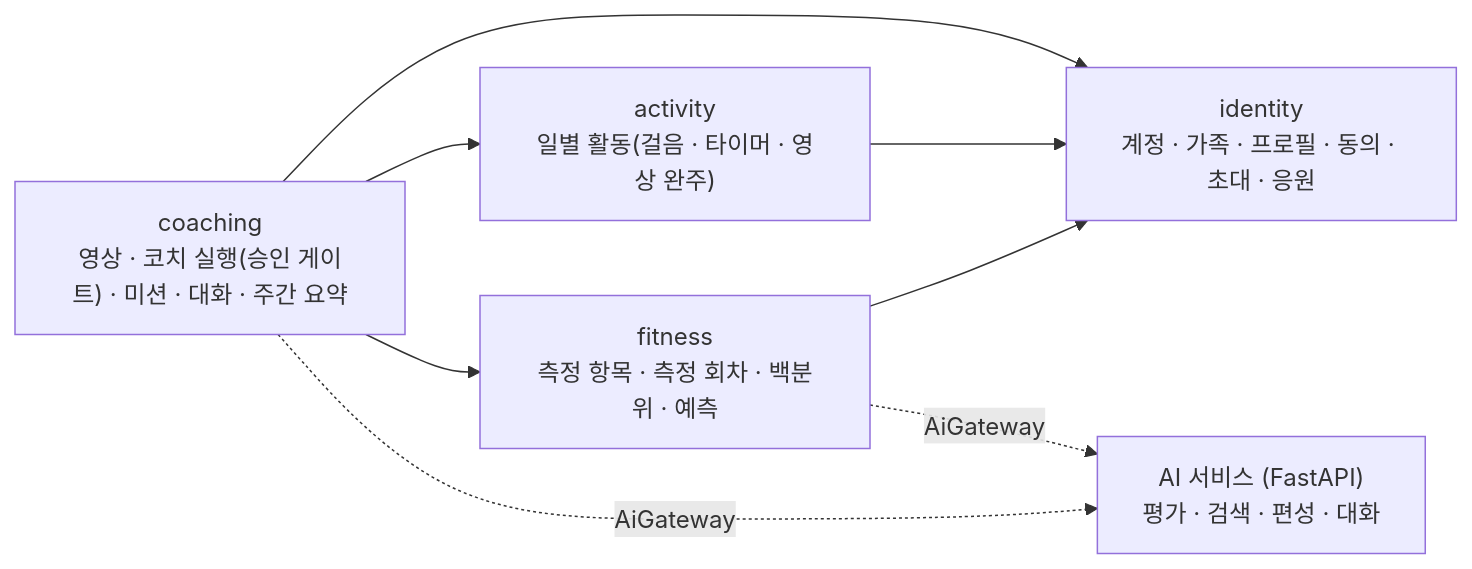
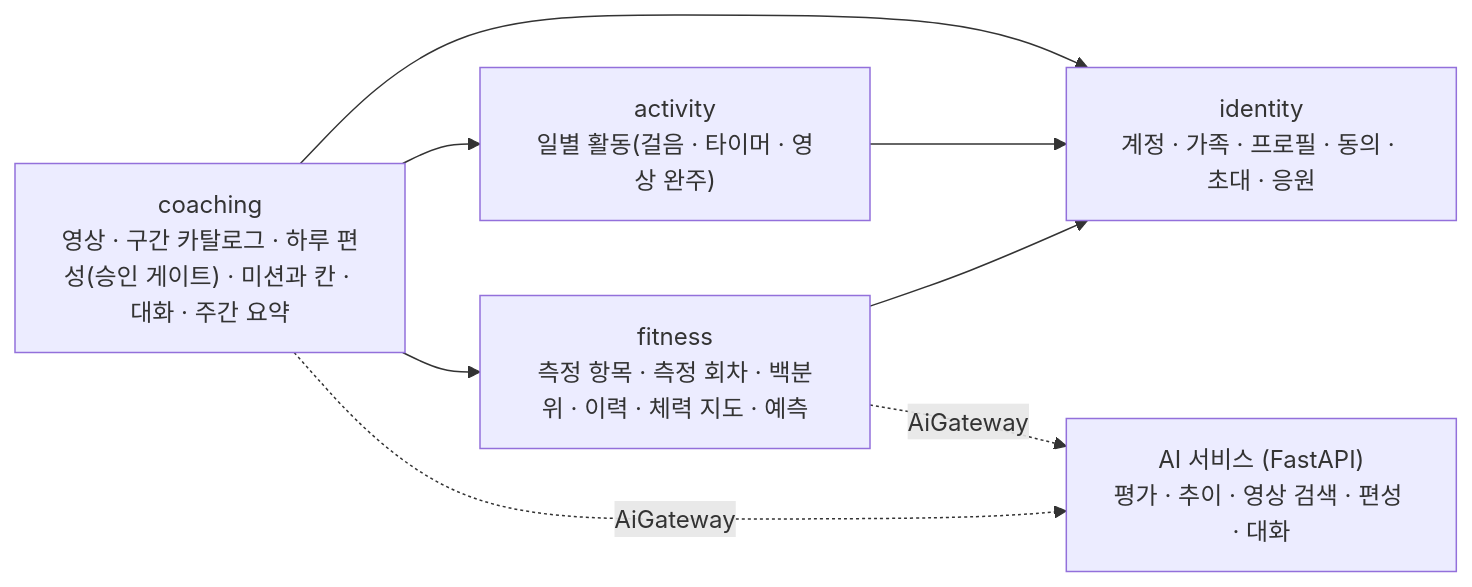
The diagram in docs/architecture.md (family-fitness/family-fitness-be), drawn with Mermaid before and after one commit. The commit also changed other lines of this file and 5 other files, not shown here.

First line of the commit message:
docs: 1차 묶음(#4~#11) 변경을 API 계약 · ERD · README 에 반영

````diff
--- a/docs/architecture.md
+++ b/docs/architecture.md
@@ -8,15 +8,15 @@
 ```mermaid
 flowchart LR
     identity["identity\n계정 · 가족 · 프로필 · 동의 · 초대 · 응원"]
-    fitness["fitness\n측정 항목 · 측정 회차 · 백분위 · 예측"]
+    fitness["fitness\n측정 항목 · 측정 회차 · 백분위 · 이력 · 체력 지도 · 예측"]
     activity["activity\n일별 활동(걸음 · 타이머 · 영상 완주)"]
-    coaching["coaching\n영상 · 코치 실행(승인 게이트) · 미션 · 대화 · 주간 요약"]
-    ai["AI 서비스 (FastAPI)\n평가 · 검색 · 편성 · 대화"]
+    coaching["coaching\n영상 · 구간 카탈로그 · 하루 편성(승인 게이트) · 미션과 칸 · 대화 · 주간 요약"]
+    ai["AI 서비스 (FastAPI)\n평가 · 추이 · 영상 검색 · 편성 · 대화"]
     fitness --> identity
     activity --> identity
     coaching --> identity
     coaching --> fitness
     coaching --> activity
     coaching -. AiGateway .-> ai
     fitness -. AiGateway .-> ai
 ```
````
